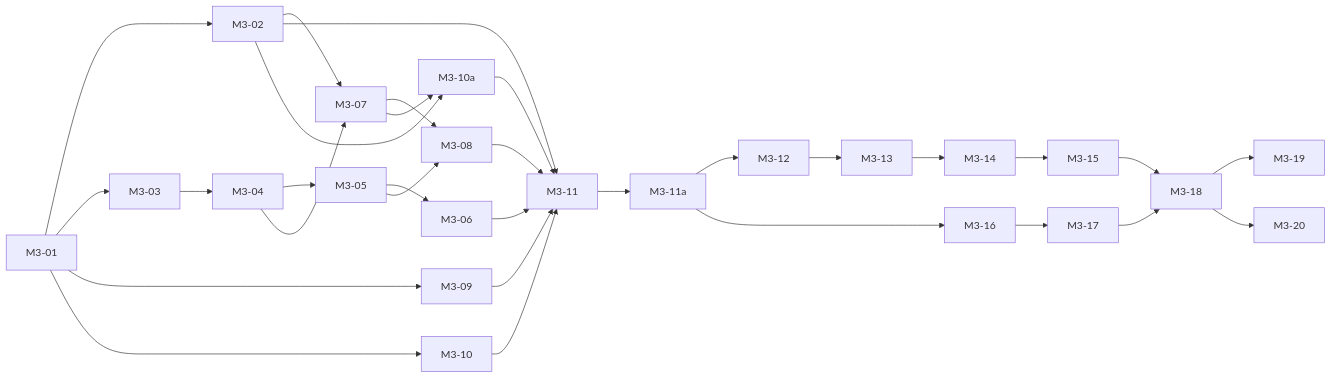
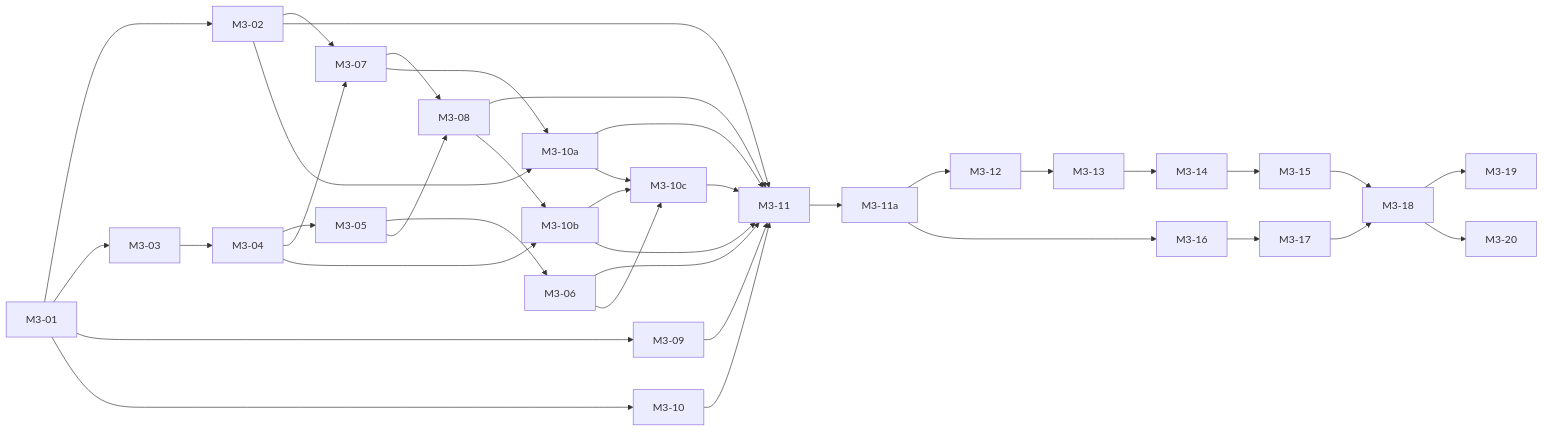
The diagram in docs/modularizacao-3.0/04-backlog.md (felipintoslv/jangada), drawn with Mermaid before and after one commit. The commit also changed other lines of this file and 3 other files, not shown here.

````diff
--- a/docs/modularizacao-3.0/04-backlog.md
+++ b/docs/modularizacao-3.0/04-backlog.md
@@ -43,33 +43,40 @@
 ```mermaid
 flowchart LR
   M01["M3-01"] --> M02["M3-02"]
   M01 --> M03["M3-03"]
   M03 --> M04["M3-04"]
   M04 --> M05["M3-05"]
   M05 --> M06["M3-06"]
   M04 --> M07["M3-07"]
   M02 --> M07
   M05 --> M08
   M07 --> M08["M3-08"]
   M01 --> M09["M3-09"]
   M01 --> M10["M3-10"]
   M02 --> M11["M3-11"]
   M06 --> M11
   M08 --> M11
   M09 --> M11
   M10 --> M11
   M02 --> M10a["M3-10a"]
   M07 --> M10a
   M10a --> M11
+  M04 --> M10b["M3-10b"]
+  M08 --> M10b
+  M10b --> M10c["M3-10c"]
+  M06 --> M10c
+  M10a --> M10c
+  M10b --> M11
+  M10c --> M11
   M11 --> M11a["M3-11a"]
   M11a --> M12["M3-12"]
   M12 --> M13["M3-13"]
   M13 --> M14["M3-14"]
   M14 --> M15["M3-15"]
   M11a --> M16["M3-16"]
   M16 --> M17["M3-17"]
   M15 --> M18["M3-18"]
   M17 --> M18
   M18 --> M19["M3-19"]
   M18 --> M20["M3-20"]
 ```
````
